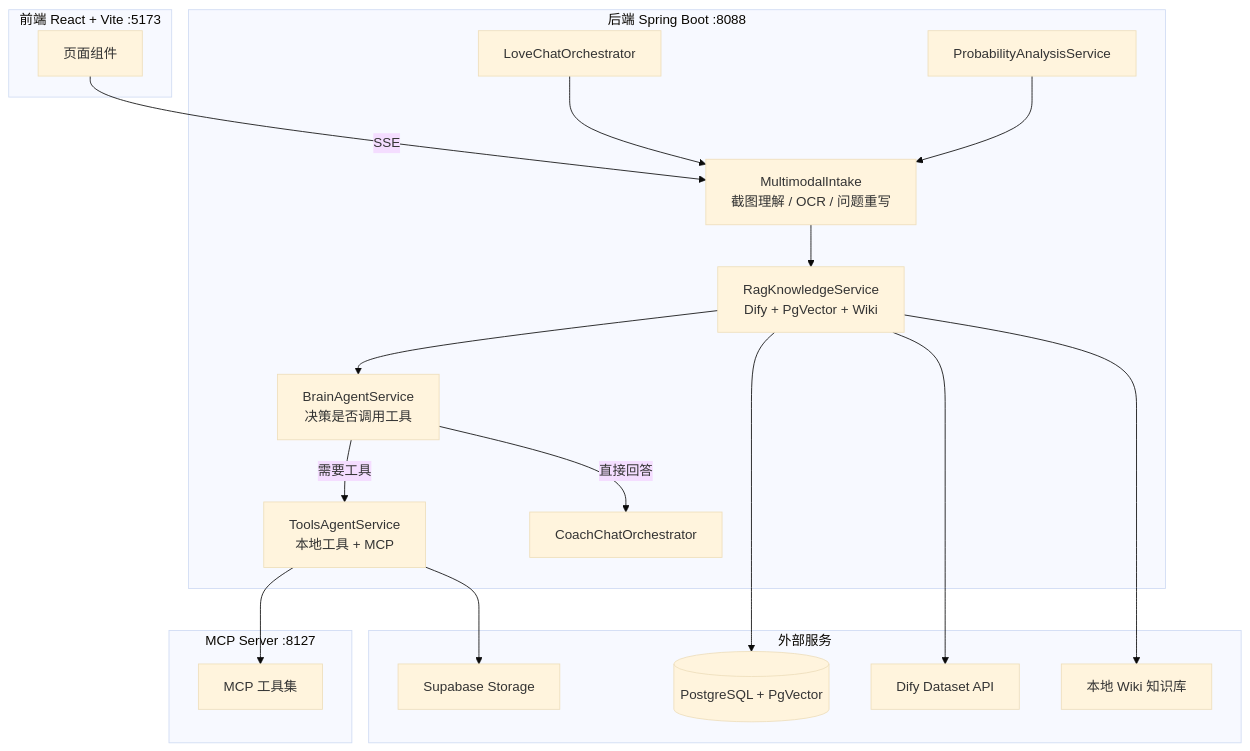
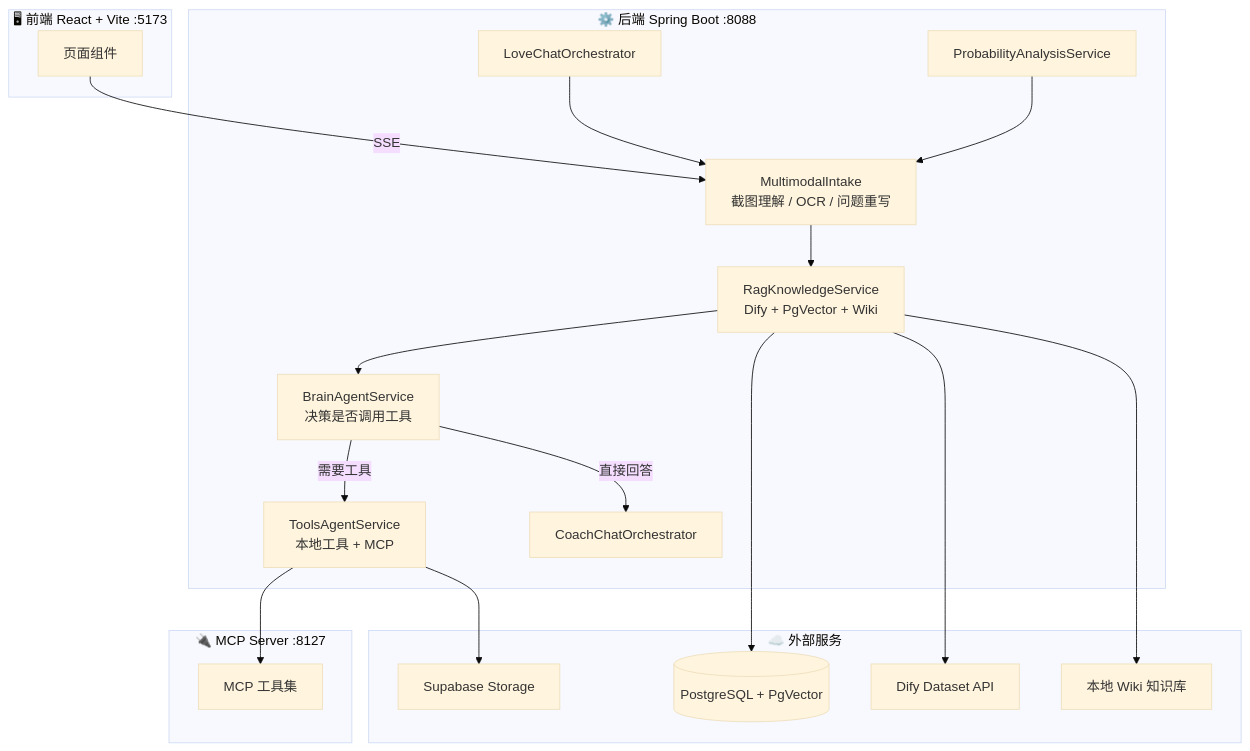
One commit to KkOma-value/Lovemaster changed the diagram in README.md. Above: the diagram before and after it, drawn with Mermaid (base theme). The commit also changed other lines of this file and 3 other files, not shown here.

````diff
--- a/README.md
+++ b/README.md
@@ -47,40 +96,40 @@
 ```mermaid
 graph TB
-    subgraph Frontend ["前端 React + Vite :5173"]
+    subgraph Frontend ["🖥 前端 React + Vite :5173"]
         UI[页面组件]
     end
 
-    subgraph Backend ["后端 Spring Boot :8088"]
+    subgraph Backend ["⚙️ 后端 Spring Boot :8088"]
         Intake[MultimodalIntake<br/>截图理解 / OCR / 问题重写]
         RAG[RagKnowledgeService<br/>Dify + PgVector + Wiki]
         Brain[BrainAgentService<br/>决策是否调用工具]
         Tools[ToolsAgentService<br/>本地工具 + MCP]
         Love[LoveChatOrchestrator]
         Kiko[ProbabilityAnalysisService]
         Coach[CoachChatOrchestrator]
     end
 
-    subgraph MCP ["MCP Server :8127"]
+    subgraph MCP ["🔌 MCP Server :8127"]
         MCPTools[MCP 工具集]
     end
 
-    subgraph Storage ["外部服务"]
+    subgraph Storage ["☁️ 外部服务"]
         DB[(PostgreSQL + PgVector)]
         Dify[Dify Dataset API]
         Supa[Supabase Storage]
         Wiki[本地 Wiki 知识库]
     end
 
     UI -->|SSE| Intake
     Intake --> RAG
     RAG --> Brain
     Brain -->|需要工具| Tools
     Brain -->|直接回答| Coach
     Tools --> MCPTools
     Love --> Intake
     Kiko --> Intake
     RAG --> DB
     RAG --> Dify
     RAG --> Wiki
     Tools --> Supa
 ```
````
